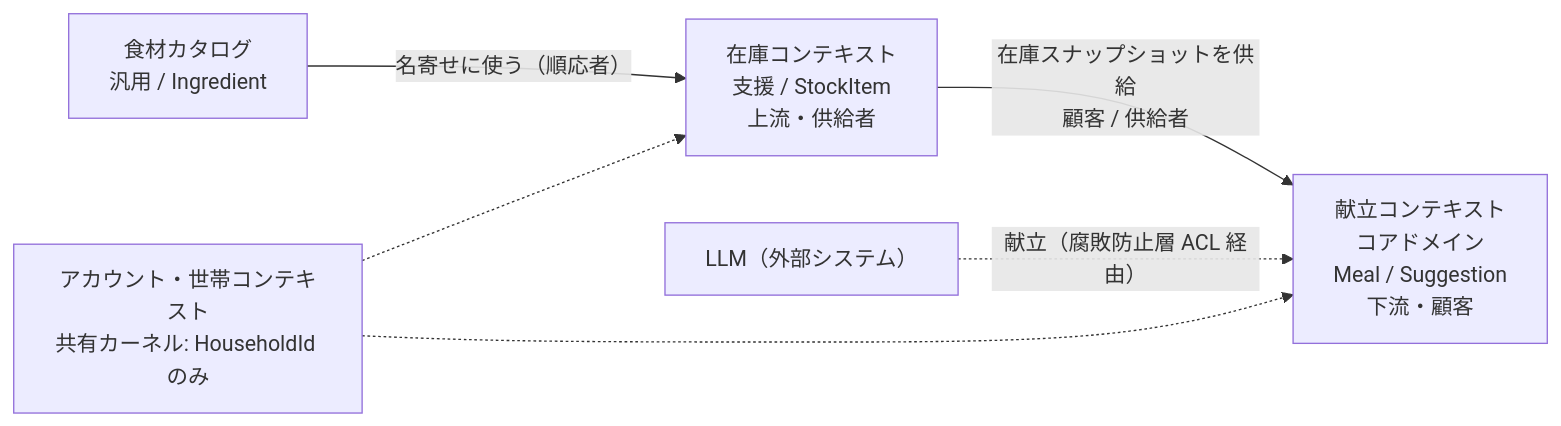
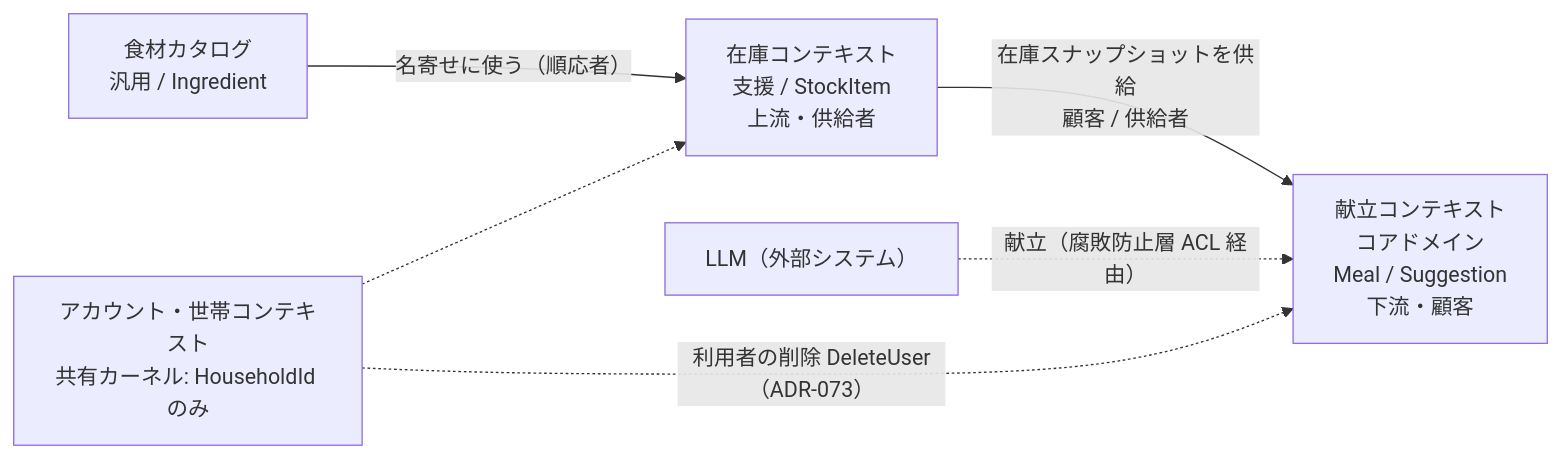
Before and after one commit to tkdev106/fridge-to-meal: the first of 3 diagrams in docs/domain-model.md, drawn with Mermaid. The commit also changed 3 other files, not shown here.

First line of the commit message:
docs: 文脈図に identity から献立への利用者の削除を書き足し、B-56f に本番適用の前提を添える

````diff
--- a/docs/domain-model.md
+++ b/docs/domain-model.md
@@ -34,14 +34,14 @@
 ```mermaid
 flowchart LR
   catalog["食材カタログ<br/>汎用 / Ingredient"]
   pantry["在庫コンテキスト<br/>支援 / StockItem<br/>上流・供給者"]
   meal["献立コンテキスト<br/>コアドメイン<br/>Meal / Suggestion<br/>下流・顧客"]
   llm["LLM（外部システム）"]
   identity["アカウント・世帯コンテキスト<br/>共有カーネル: HouseholdId のみ"]
 
   catalog -->|"名寄せに使う（順応者）"| pantry
   pantry -->|"在庫スナップショットを供給<br/>顧客 / 供給者"| meal
   llm -.->|"献立（腐敗防止層 ACL 経由）"| meal
   identity -.-> pantry
-  identity -.-> meal
+  identity -.->|"利用者の削除 DeleteUser（ADR-073）"| meal
 ```
````
